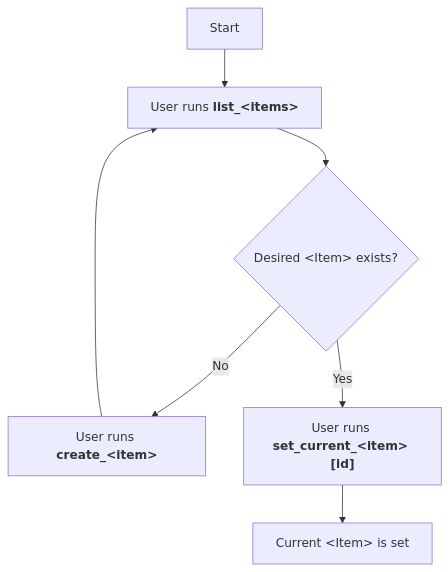
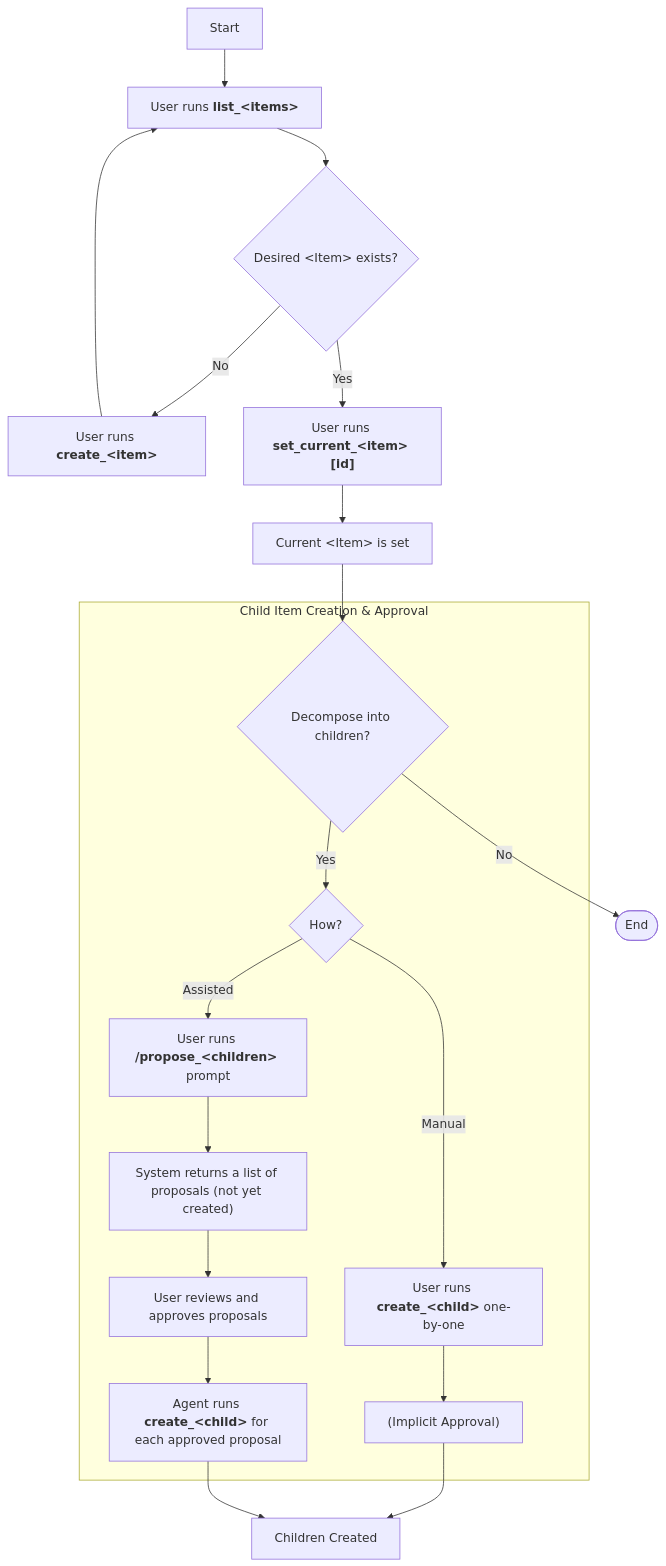
Before and after one commit to sgrade/plan-manager: the first of 2 diagrams in docs/project_workflow.md, drawn with Mermaid. The commit also changed other lines of this file and 10 other files, not shown here.

````diff
--- a/docs/project_workflow.md
+++ b/docs/project_workflow.md
@@ -11,9 +11,27 @@
 ```mermaid
 graph TD
     A[Start] --> B["User runs <strong>list_&lt;items&gt;</strong>"];
     B --> C{Desired &lt;Item&gt; exists?};
     C -- No --> D["User runs <strong>create_&lt;item&gt;</strong>"];
     D --> B;
     C -- Yes --> E["User runs <strong>set_current_&lt;item&gt; [id]</strong>"];
     E --> F["Current &lt;Item&gt; is set"];
+    
+    F --> G{Decompose into children?};
+    G -- No --> Z([End]);
+    
+    subgraph "Child Item Creation & Approval"
+      G -- Yes --> H{How?};
+      
+      H -- Manual --> I["User runs <strong>create_&lt;child&gt;</strong> one-by-one"];
+      I --> I_approve["(Implicit Approval)"];
+
+      H -- Assisted --> J["User runs <strong>/propose_&lt;children&gt;</strong> prompt"];
+      J --> K["System returns a list of proposals (not yet created)"];
+      K --> L["User reviews and approves proposals"];
+      L --> M["Agent runs <strong>create_&lt;child&gt;</strong> for each approved proposal"];
+    end
+
+    I_approve --> N[Children Created];
+    M --> N;
 ```
````
